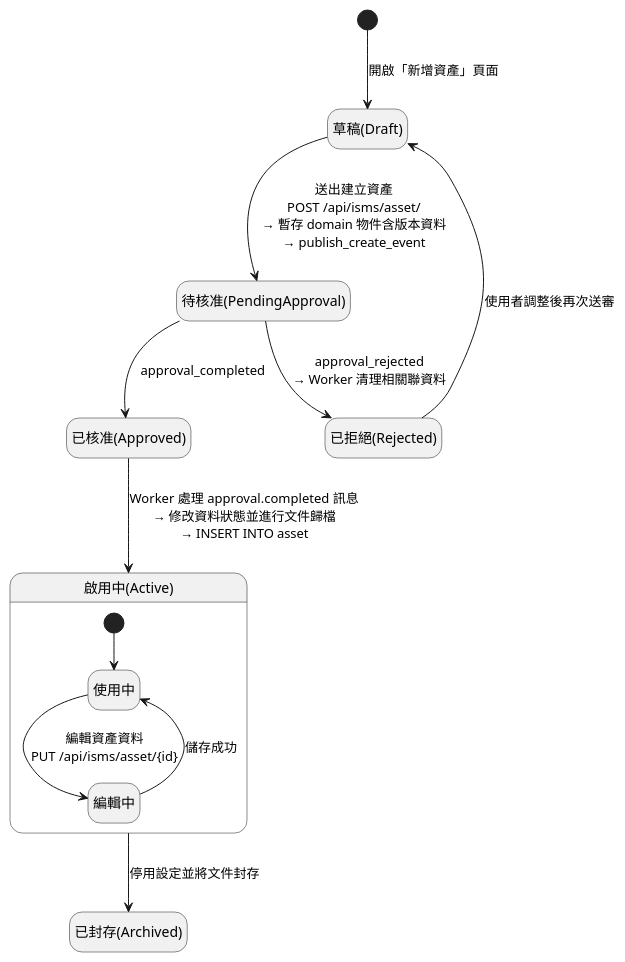
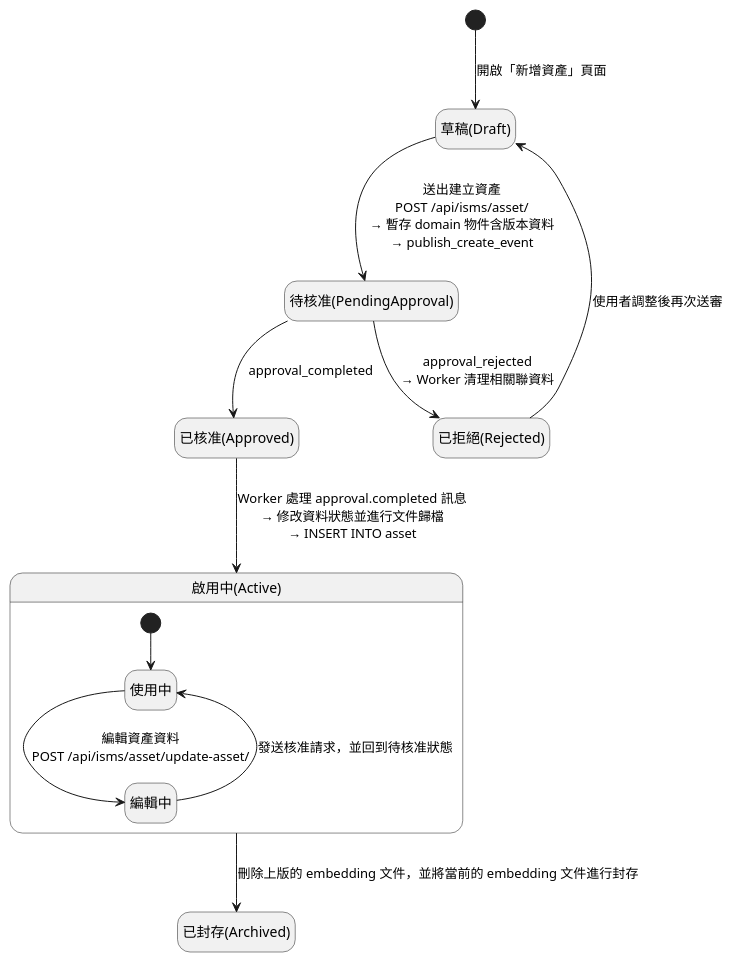
Before and after one commit to walle45611/NTUB_SecuManag_Diagram: the diagram in plantUML/state/asset.puml, drawn with PlantUML. The commit also changed 3 other files, not shown here.

Commit message:
feat: 更新資產、ISMS 設定、風險及版本管理的狀態圖，調整 API 路徑及描述以反映最新的業務邏輯

```diff
--- a/plantUML/state/asset.puml
+++ b/plantUML/state/asset.puml
@@ -1,31 +1,31 @@
 @startuml
 
 hide empty description
 
 [*] --> Draft : 開啟「新增資產」頁面
 state "草稿(Draft)" as Draft <<draft>>
 
 Draft --> PendingApproval : 送出建立資產\nPOST /api/isms/asset/\n→ 暫存 domain 物件含版本資料\n→ publish_create_event
 state "待核准(PendingApproval)" as PendingApproval <<approval>>
 
 PendingApproval --> Approved : approval_completed
 PendingApproval --> Rejected : approval_rejected\n→ Worker 清理相關聯資料
 state "已拒絕(Rejected)" as Rejected <<terminal>>
 
 Rejected --> Draft : 使用者調整後再次送審
 
 state "已核准(Approved)" as Approved <<approval>>
 Approved --> Active : Worker 處理 approval.completed 訊息\n→ 修改資料狀態並進行文件歸檔\n→ INSERT INTO asset
 
 state "啟用中(Active)" as Active <<active>> {
   [*] --> InUse
   state InUse as "使用中"
 
-  InUse --> Editing : 編輯資產資料\nPUT /api/isms/asset/{id}
+  InUse --> Editing : 編輯資產資料\nPOST /api/isms/asset/update-asset/
   state Editing as "編輯中"
-  Editing --> InUse : 儲存成功
+  Editing --> InUse : 發送核准請求，並回到待核准狀態
 }
 
-Active --> Archived : 停用設定並將文件封存
-state "已封存(Archived)" as Archived <<terminal>>
+Active --> deleted : 刪除上版的 embedding 文件，並將當前的 embedding 文件進行封存
+state "已封存(Archived)" as deleted <<terminal>>
 @enduml
```
